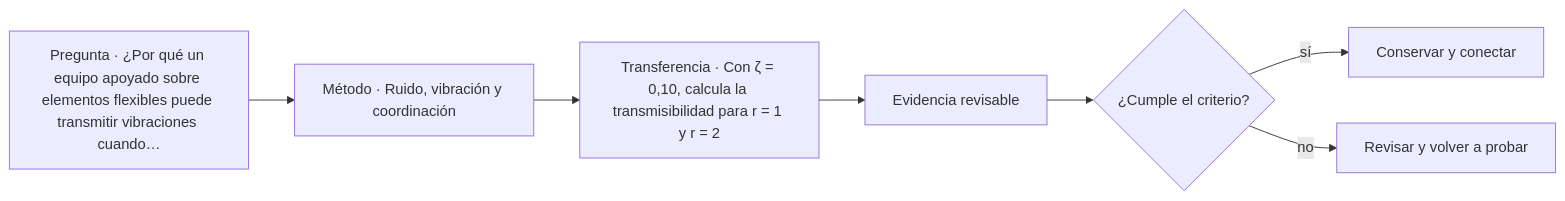
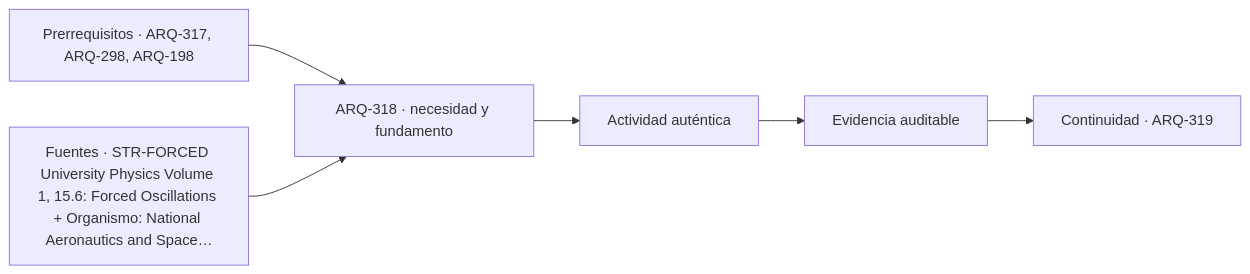
The diagram in classes/parte-32/ARQ-318.md (vladimiracunadev-create/architecture-built-environment-learning-program), drawn with Mermaid before and after one commit. The commit also changed other lines of this file and 761 other files, not shown here.

````diff
--- a/classes/parte-32/ARQ-318.md
+++ b/classes/parte-32/ARQ-318.md
@@ -115,9 +127,8 @@
 ```mermaid
 flowchart LR
-    Q["Pregunta · ¿Por qué un equipo apoyado sobre elementos flexibles puede transmitir vibraciones cuando…"] --> M["Método · Ruido, vibración y coordinación"]
-    M --> P["Transferencia · Con ζ = 0,10, calcula la transmisibilidad para r = 1 y r = 2"]
-    P --> E["Evidencia revisable"]
-    E --> C{"¿Cumple el criterio?"}
-    C -->|sí| T["Conservar y conectar"]
-    C -->|no| R["Revisar y volver a probar"]
+    A["Prerrequisitos · ARQ-317, ARQ-298, ARQ-198"] --> B["ARQ-318 · necesidad y fundamento"]
+    S["Fuentes · STR-FORCED University Physics Volume 1, 15.6: Forced Oscillations + Organismo: National Aeronautics and Space…"] --> B
+    B --> C["Actividad auténtica"]
+    C --> D["Evidencia auditable"]
+    D --> E["Continuidad · ARQ-319"]
 ```
````
